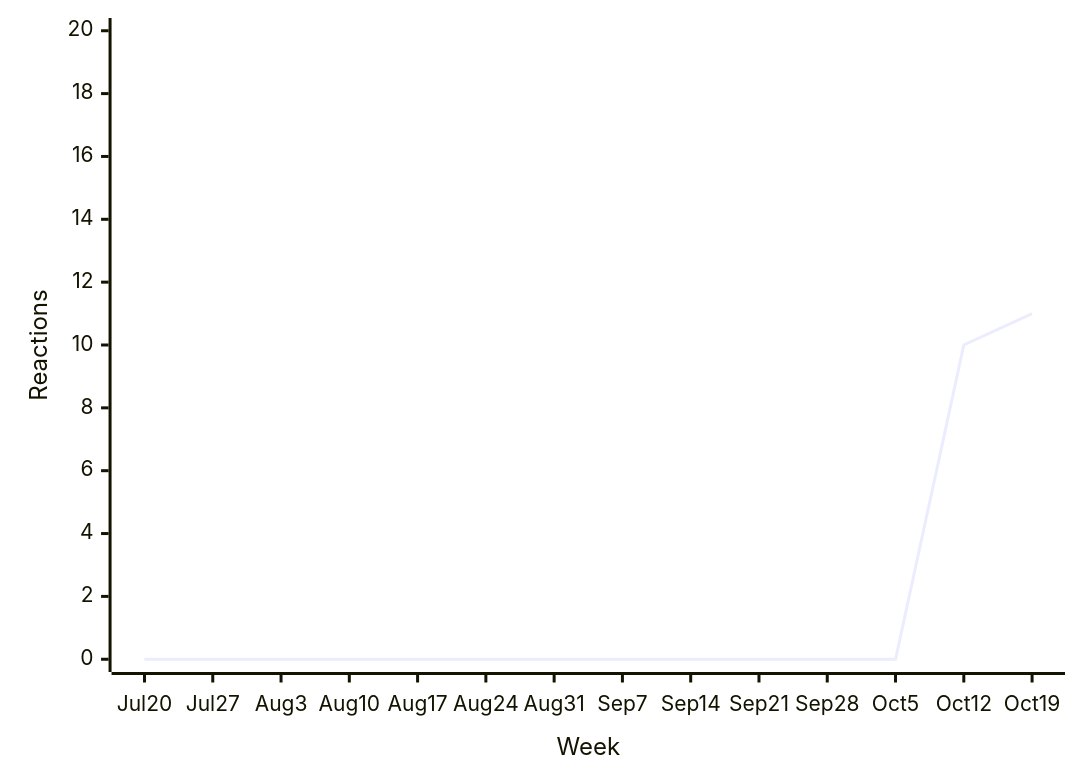
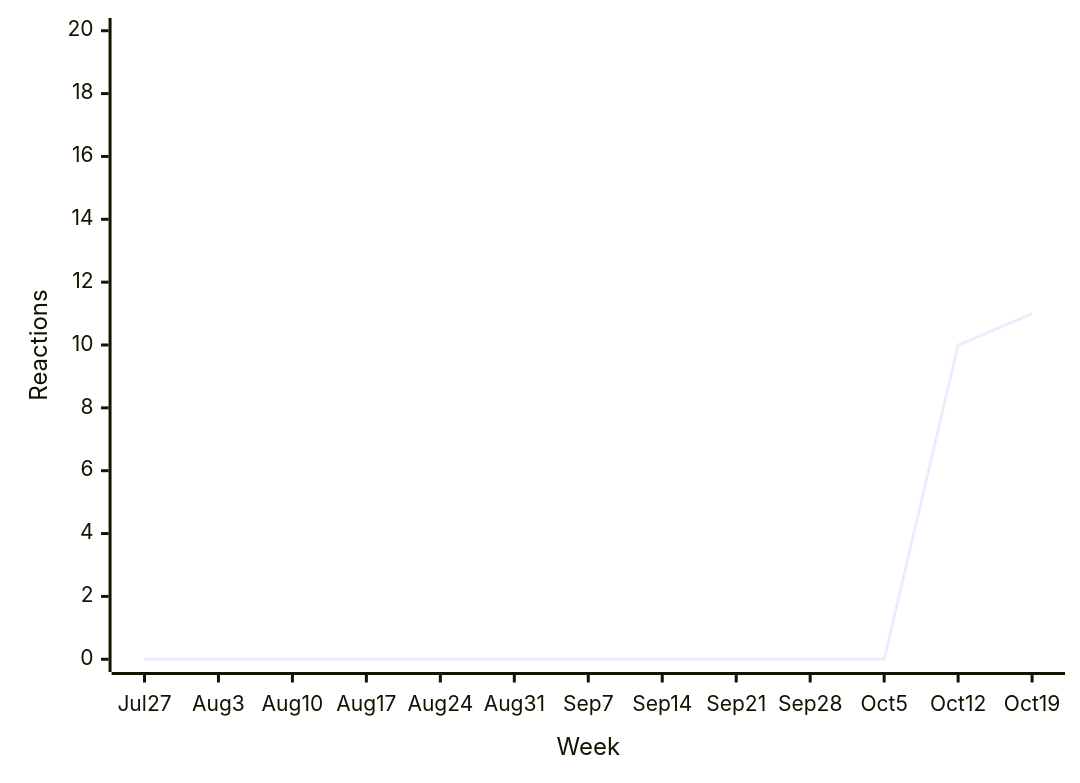
Before and after one commit to loic-sharma/github-insights: diagram 16 of 39 in README.md, drawn with Mermaid. The commit also changed other lines of this file and 3 other files, not shown here.

````diff
--- a/README.md
+++ b/README.md
@@ -596,6 +579,6 @@
   ```mermaid
   xychart-beta
-    x-axis "Week" [Jul 20, Jul 27, Aug 3, Aug 10, Aug 17, Aug 24, Aug 31, Sep 7, Sep 14, Sep 21, Sep 28, Oct 5, Oct 12, Oct 19]
+    x-axis "Week" [Jul 27, Aug 3, Aug 10, Aug 17, Aug 24, Aug 31, Sep 7, Sep 14, Sep 21, Sep 28, Oct 5, Oct 12, Oct 19]
     y-axis "Reactions" 0 --> 20
-    line [0, 0, 0, 0, 0, 0, 0, 0, 0, 0, 0, 0, 10, 11]
+    line [0, 0, 0, 0, 0, 0, 0, 0, 0, 0, 0, 10, 11]
   ```
````
